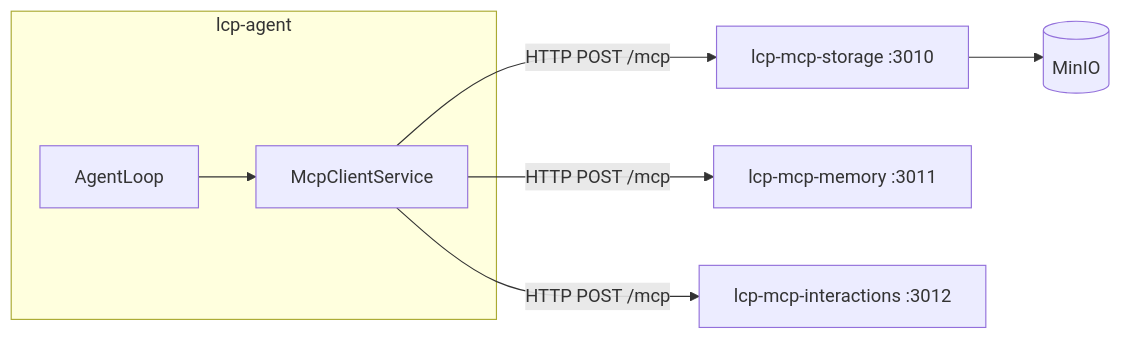
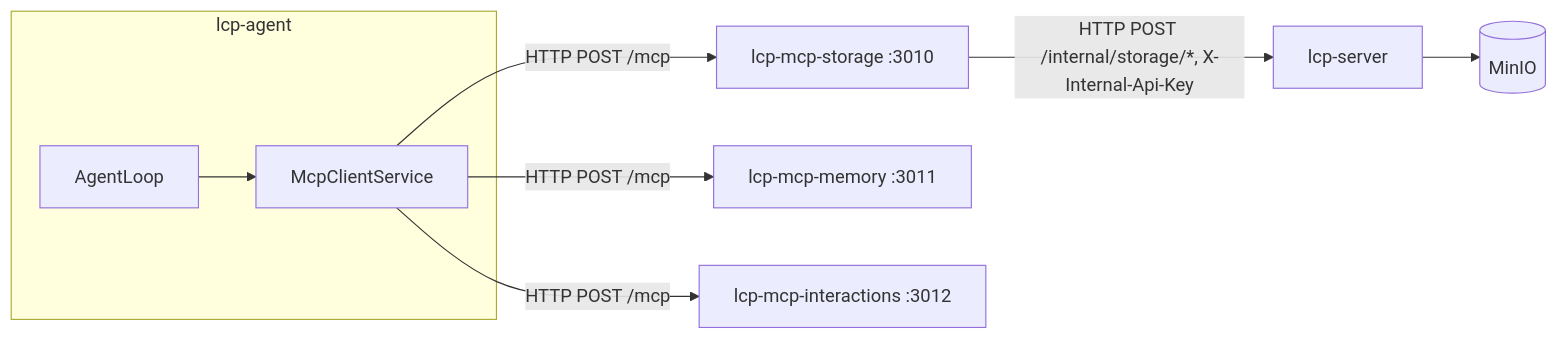
One commit to instantiator/tcp-server changed the second of 2 diagrams in docs/agent-services.md. Above: the diagram before and after it, drawn with Mermaid. The commit also changed other lines of this file and 1 other file, not shown here.

Commit message:
Small updates to documentation

````diff
--- a/docs/agent-services.md
+++ b/docs/agent-services.md
@@ -80,10 +80,11 @@
 ```mermaid
 flowchart LR
     subgraph lcp-agent
         AL[AgentLoop] --> MC[McpClientService]
     end
     MC -->|HTTP POST /mcp| S[lcp-mcp-storage :3010]
     MC -->|HTTP POST /mcp| M[lcp-mcp-memory :3011]
     MC -->|HTTP POST /mcp| I[lcp-mcp-interactions :3012]
-    S --> MIO[(MinIO)]
+    S -->|HTTP POST /internal/storage/*, X-Internal-Api-Key| LS[lcp-server]
+    LS --> MIO[(MinIO)]
 ```
````
